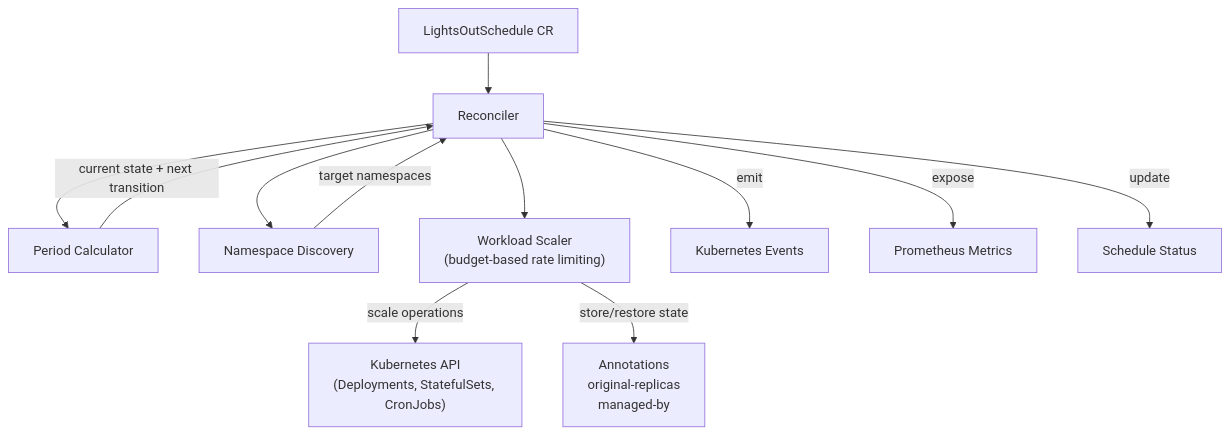
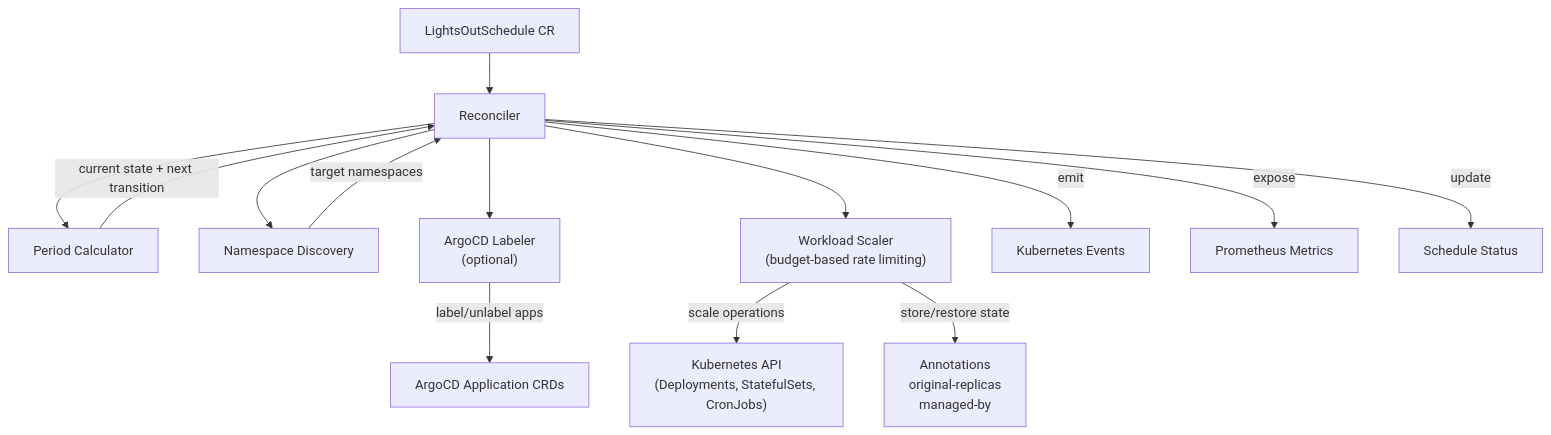
Before and after one commit to gjorgji-ts/lightsout: the diagram in docs/architecture.md, drawn with Mermaid. The commit also changed other lines of this file and 16 other files, not shown here.

````diff
--- a/docs/architecture.md
+++ b/docs/architecture.md
@@ -23,14 +23,16 @@
 ```mermaid
 flowchart TD
     CR["LightsOutSchedule CR"] --> R["Reconciler"]
     R --> PC["Period Calculator"]
     R --> ND["Namespace Discovery"]
     PC -->|"current state + next transition"| R
     ND -->|"target namespaces"| R
+    R --> AL["ArgoCD Labeler<br/>(optional)"]
     R --> WS["Workload Scaler<br/>(budget-based rate limiting)"]
+    AL -->|"label/unlabel apps"| ArgoCD["ArgoCD Application CRDs"]
     WS -->|"scale operations"| K8s["Kubernetes API<br/>(Deployments, StatefulSets, CronJobs)"]
     WS -->|"store/restore state"| Ann["Annotations<br/>original-replicas<br/>managed-by"]
     R -->|"emit"| Ev["Kubernetes Events"]
     R -->|"expose"| Met["Prometheus Metrics"]
     R -->|"update"| Status["Schedule Status"]
 ```
````
